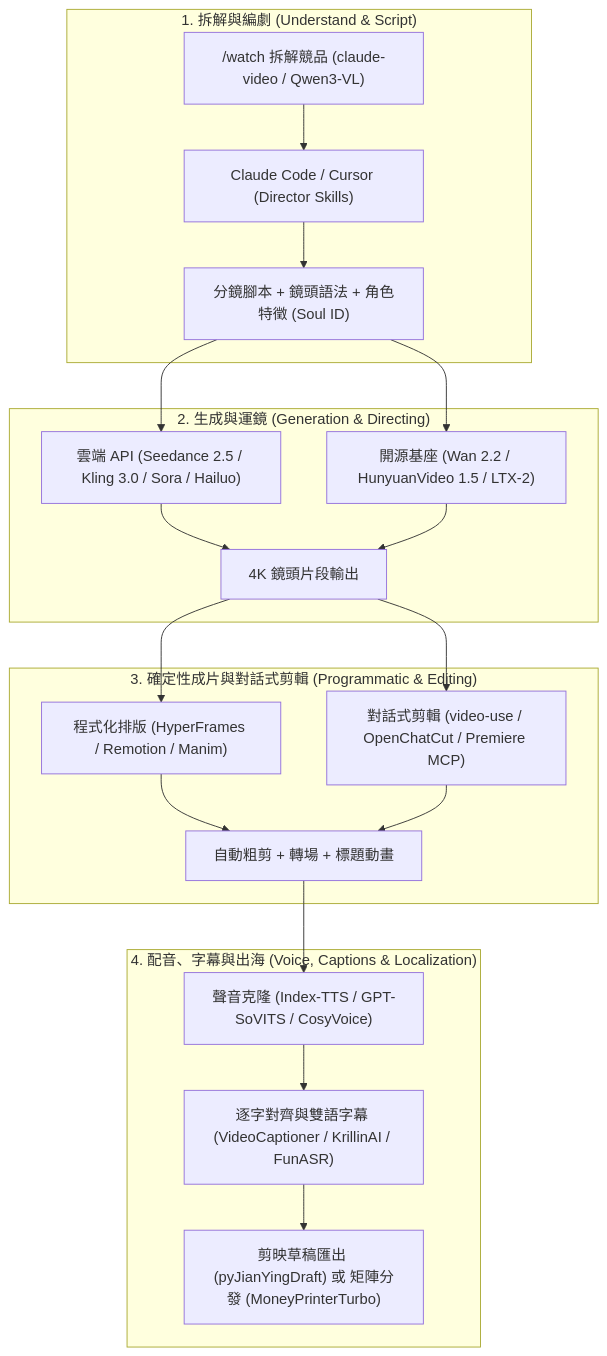
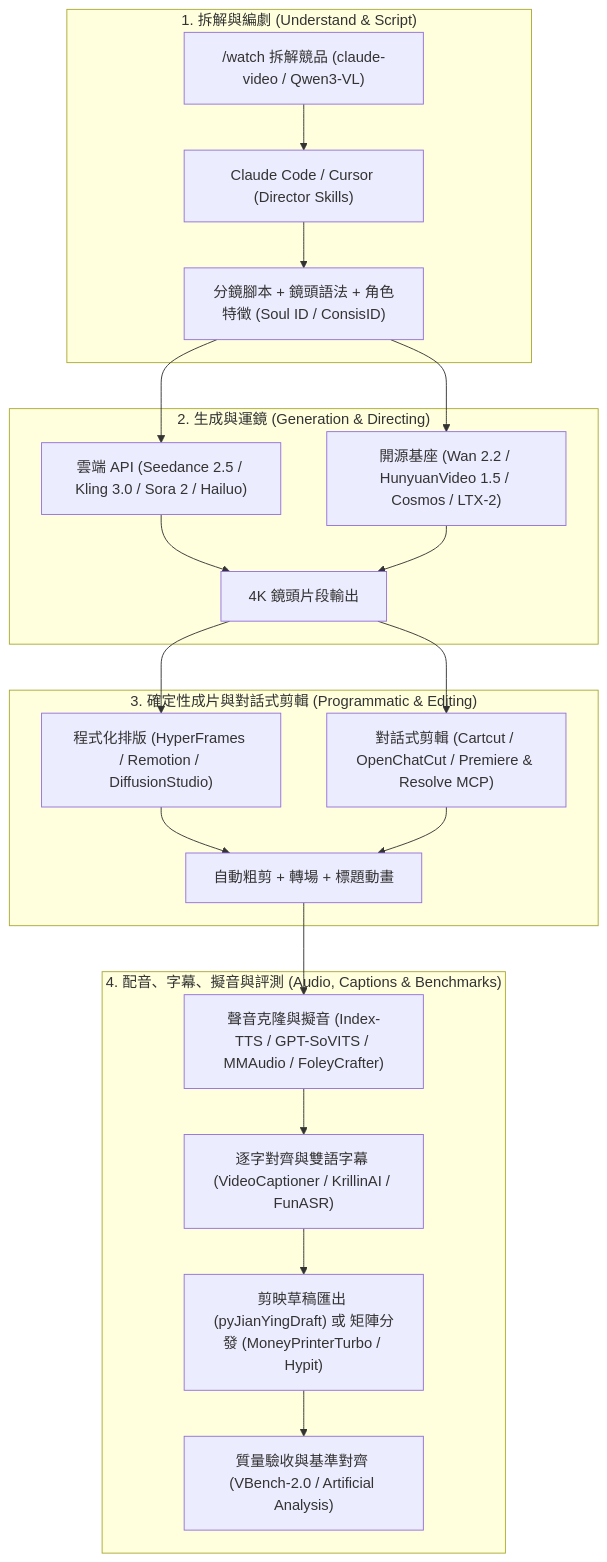
Before and after one commit to tentenco/awesome-video-agent-skills: the diagram in README.md, drawn with Mermaid. The commit also changed other lines of this file, not shown here.

Commit message:
feat: curate 2026 trending video agents, MCP timeline tools, foley/audio pipelines and SOTA benchmarks

````diff
--- a/README.md
+++ b/README.md
@@ -61,25 +62,26 @@
 ```mermaid
 flowchart TD
     subgraph S1["1. 拆解與編劇 (Understand & Script)"]
         A1["/watch 拆解競品 (claude-video / Qwen3-VL)"] --> A2["Claude Code / Cursor (Director Skills)"]
-        A2 --> A3["分鏡腳本 + 鏡頭語法 + 角色特徵 (Soul ID)"]
+        A2 --> A3["分鏡腳本 + 鏡頭語法 + 角色特徵 (Soul ID / ConsisID)"]
     end
 
     subgraph S2["2. 生成與運鏡 (Generation & Directing)"]
-        A3 --> B1["雲端 API (Seedance 2.5 / Kling 3.0 / Sora / Hailuo)"]
-        A3 --> B2["開源基座 (Wan 2.2 / HunyuanVideo 1.5 / LTX-2)"]
+        A3 --> B1["雲端 API (Seedance 2.5 / Kling 3.0 / Sora 2 / Hailuo)"]
+        A3 --> B2["開源基座 (Wan 2.2 / HunyuanVideo 1.5 / Cosmos / LTX-2)"]
         B1 & B2 --> B3["4K 鏡頭片段輸出"]
     end
 
     subgraph S3["3. 確定性成片與對話式剪輯 (Programmatic & Editing)"]
-        B3 --> C1["程式化排版 (HyperFrames / Remotion / Manim)"]
-        B3 --> C2["對話式剪輯 (video-use / OpenChatCut / Premiere MCP)"]
+        B3 --> C1["程式化排版 (HyperFrames / Remotion / DiffusionStudio)"]
+        B3 --> C2["對話式剪輯 (Cartcut / OpenChatCut / Premiere & Resolve MCP)"]
         C1 & C2 --> C3["自動粗剪 + 轉場 + 標題動畫"]
     end
 
-    subgraph S4["4. 配音、字幕與出海 (Voice, Captions & Localization)"]
-        C3 --> D1["聲音克隆 (Index-TTS / GPT-SoVITS / CosyVoice)"]
+    subgraph S4["4. 配音、字幕、擬音與評測 (Audio, Captions & Benchmarks)"]
+        C3 --> D1["聲音克隆與擬音 (Index-TTS / GPT-SoVITS / MMAudio / FoleyCrafter)"]
         D1 --> D2["逐字對齊與雙語字幕 (VideoCaptioner / KrillinAI / FunASR)"]
-        D2 --> D3["剪映草稿匯出 (pyJianYingDraft) 或 矩陣分發 (MoneyPrinterTurbo)"]
+        D2 --> D3["剪映草稿匯出 (pyJianYingDraft) 或 矩陣分發 (MoneyPrinterTurbo / Hypit)"]
+        D3 --> D4["質量驗收與基準對齊 (VBench-2.0 / Artificial Analysis)"]
     end
 ```
````
